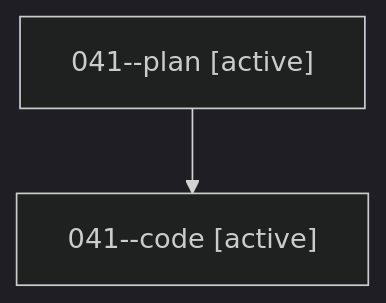
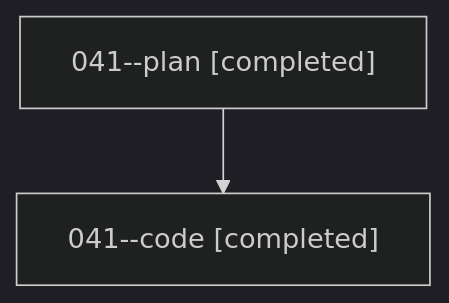
One commit to bobs-org/bob-cli--agents changed the diagram in families/bbugyi200.athena.041.md. Above: the diagram before and after it, drawn with Mermaid (dark theme). The commit also changed other lines of this file and 141 other files, not shown here.

````diff
--- a/families/bbugyi200.athena.041.md
+++ b/families/bbugyi200.athena.041.md
@@ -9,6 +9,6 @@
 ```mermaid
 flowchart TD
-  n0["041--plan [active]"]
-  n1["041--code [active]"]
+  n0["041--plan [completed]"]
+  n1["041--code [completed]"]
   n0 --> n1
 ```
````
